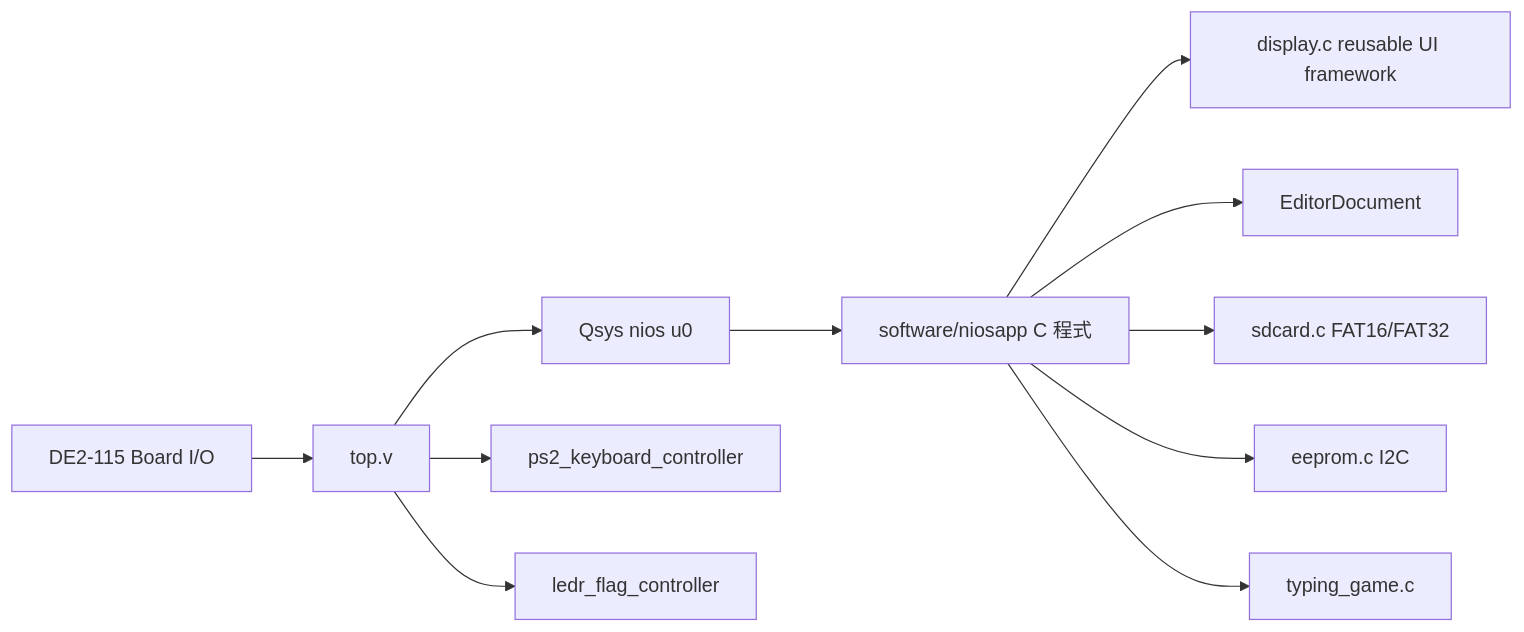
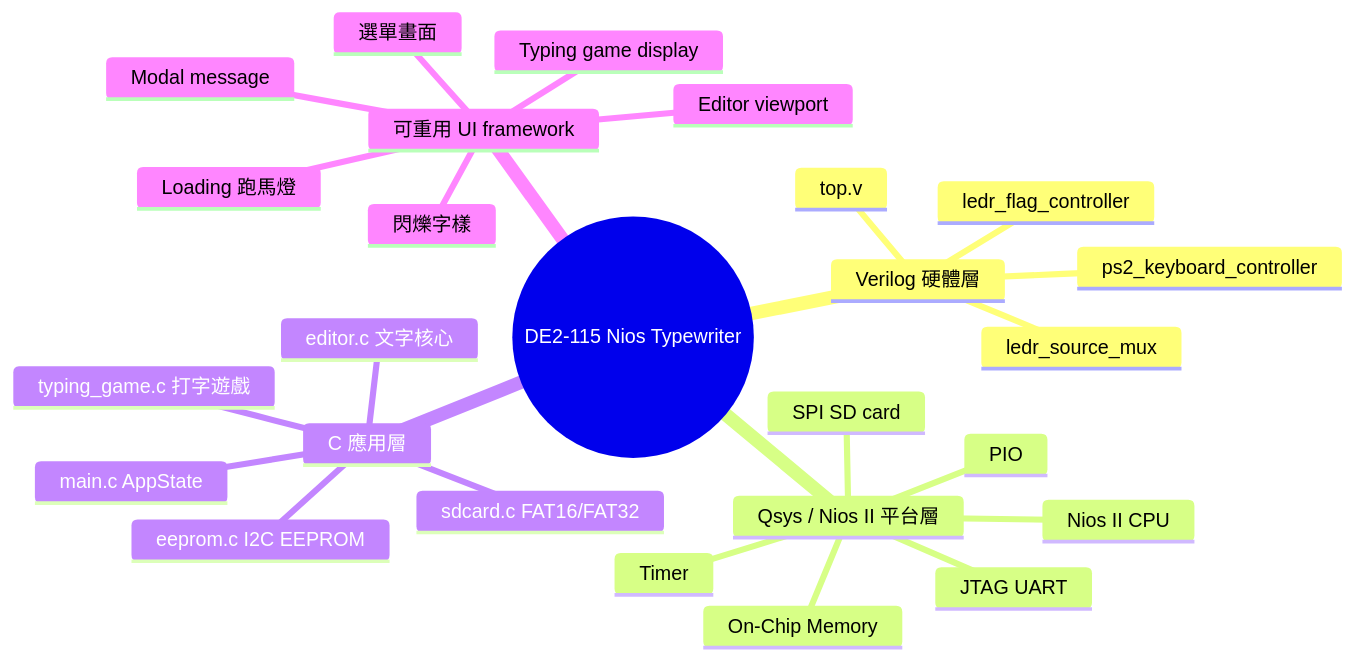
The first of 13 diagrams in docs/hierarchy.md (Dao-you/altera_nios_typewriter), drawn with Mermaid before and after one commit. The commit also changed other lines of this file, not shown here.

Commit message:
docs: use appropriate Mermaid diagram types

````diff
--- a/docs/hierarchy.md
+++ b/docs/hierarchy.md
@@ -17,13 +13,29 @@
 ```mermaid
-flowchart LR
-    Board[DE2-115 Board I/O] --> Top[top.v]
-    Top --> Nios[Qsys nios u0]
-    Top --> PS2[ps2_keyboard_controller]
-    Top --> LEDR[ledr_flag_controller]
-    Nios --> C[software/niosapp C 程式]
-    C --> UI[display.c reusable UI framework]
-    C --> Editor[EditorDocument]
-    C --> SD[sdcard.c FAT16/FAT32]
-    C --> EEPROM[eeprom.c I2C]
-    C --> Typing[typing_game.c]
+mindmap
+  root((DE2-115 Nios Typewriter))
+    Verilog 硬體層
+      top.v
+      ps2_keyboard_controller
+      ledr_flag_controller
+      ledr_source_mux
+    Qsys / Nios II 平台層
+      Nios II CPU
+      On-Chip Memory
+      Timer
+      JTAG UART
+      PIO
+      SPI SD card
+    C 應用層
+      main.c AppState
+      editor.c 文字核心
+      sdcard.c FAT16/FAT32
+      eeprom.c I2C EEPROM
+      typing_game.c 打字遊戲
+    可重用 UI framework
+      選單畫面
+      閃爍字樣
+      Loading 跑馬燈
+      Modal message
+      Editor viewport
+      Typing game display
 ```
````
